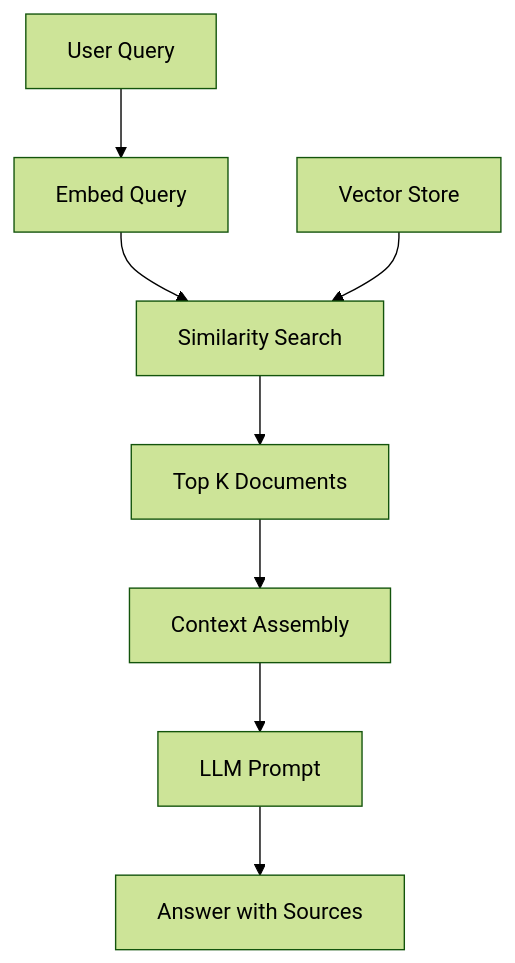
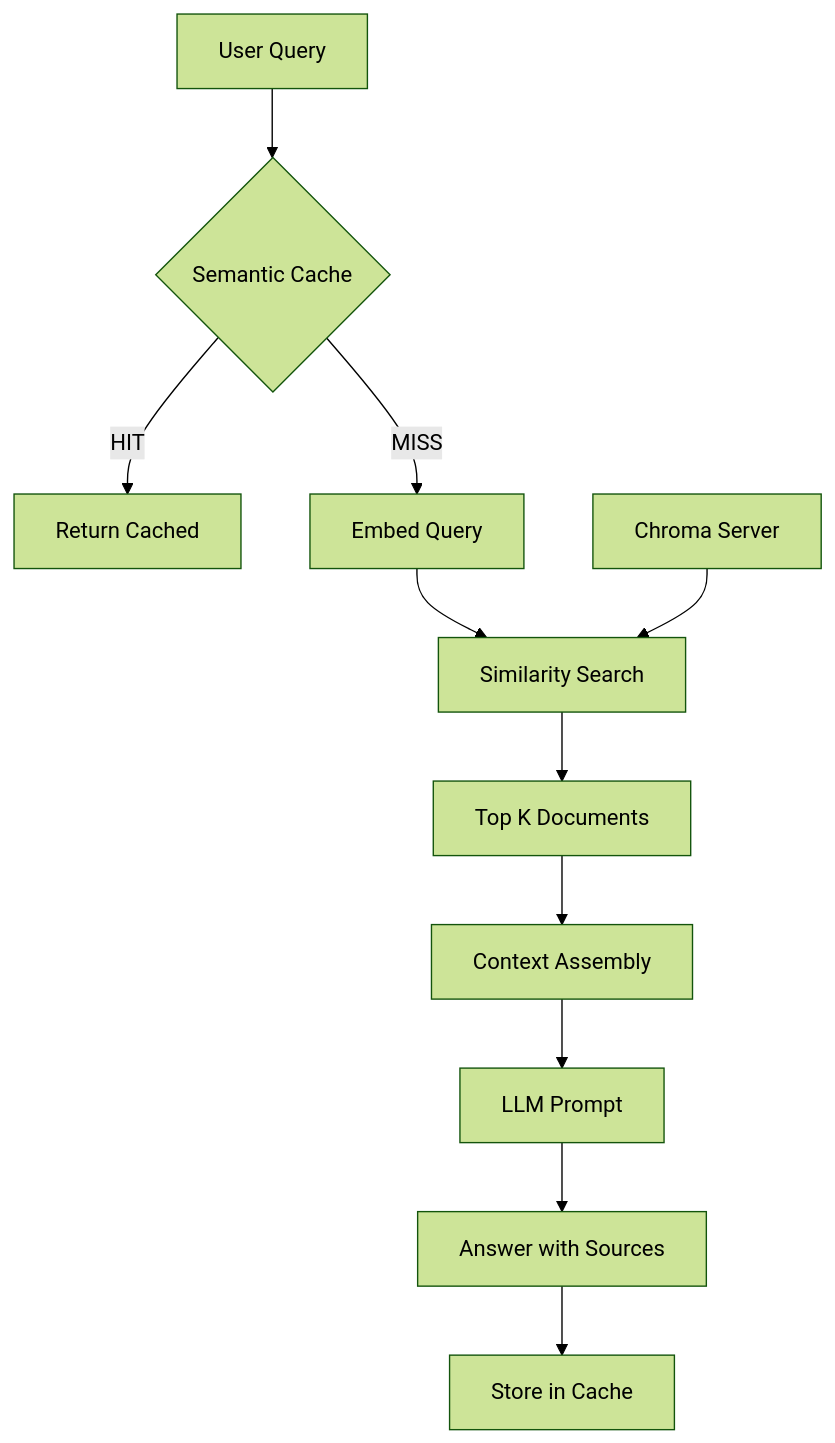
One commit to luiscanaveral/rag-architectures changed the third of 11 diagrams in DIAGRAMS.md. Above: the diagram before and after it, drawn with Mermaid (forest theme). The commit also changed other lines of this file and 1 other file, not shown here.

````diff
--- a/DIAGRAMS.md
+++ b/DIAGRAMS.md
@@ -30,10 +36,13 @@
 ```mermaid
 graph TD
-    A[User Query] --> B[Embed Query]
-    B --> C[Similarity Search]
-    D[Vector Store] --> C
-    C --> E[Top K Documents]
-    E --> F[Context Assembly]
-    F --> G[LLM Prompt]
-    G --> H[Answer with Sources]
+    A[User Query] --> B{Semantic Cache}
+    B -->|HIT| C[Return Cached]
+    B -->|MISS| D[Embed Query]
+    D --> E[Similarity Search]
+    F[Chroma Server] --> E
+    E --> G[Top K Documents]
+    G --> H[Context Assembly]
+    H --> I[LLM Prompt]
+    I --> J[Answer with Sources]
+    J --> K[Store in Cache]
 ```
````
